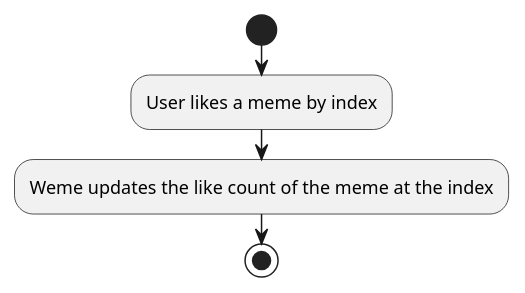
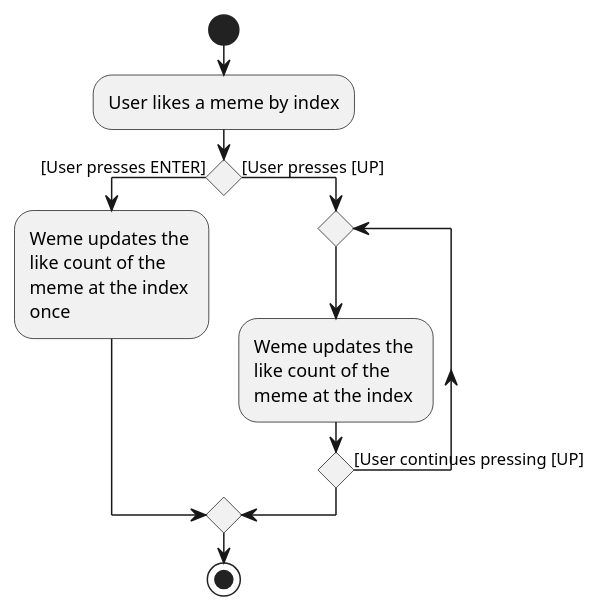
Before and after one commit to nus-cs2103-AY1920S1/addressbook-level3: the diagram in docs/diagrams/MemeLikeActivityDiagram.puml, drawn with PlantUML. The commit also changed 7 other files, not shown here.

```diff
--- a/docs/diagrams/MemeLikeActivityDiagram.puml
+++ b/docs/diagrams/MemeLikeActivityDiagram.puml
@@ -1,7 +1,14 @@
 @startuml
 start
 :User likes a meme by index;
 
-:Weme updates the like count of the meme at the index;
+if () then ([User presses ENTER])
+    :Weme updates the \nlike count of the \nmeme at the index \nonce;
+else ([User presses [UP])
+    repeat
+    :Weme updates the \nlike count of the \nmeme at the index;
+    repeat while () is ([User continues pressing [UP])
+endif
+
 stop
 @enduml
```
